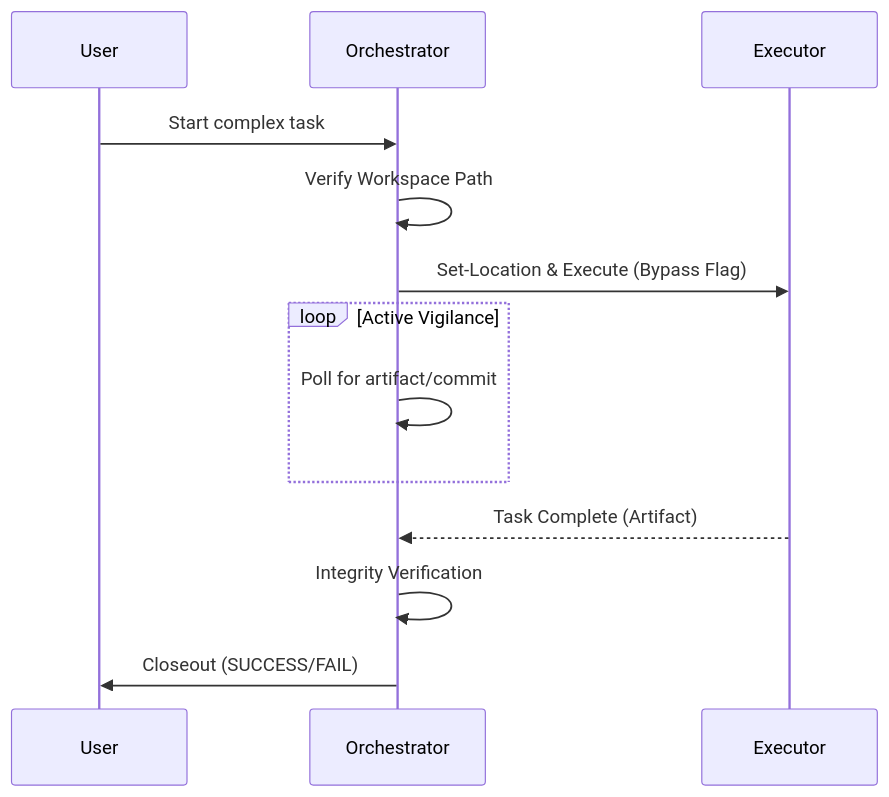
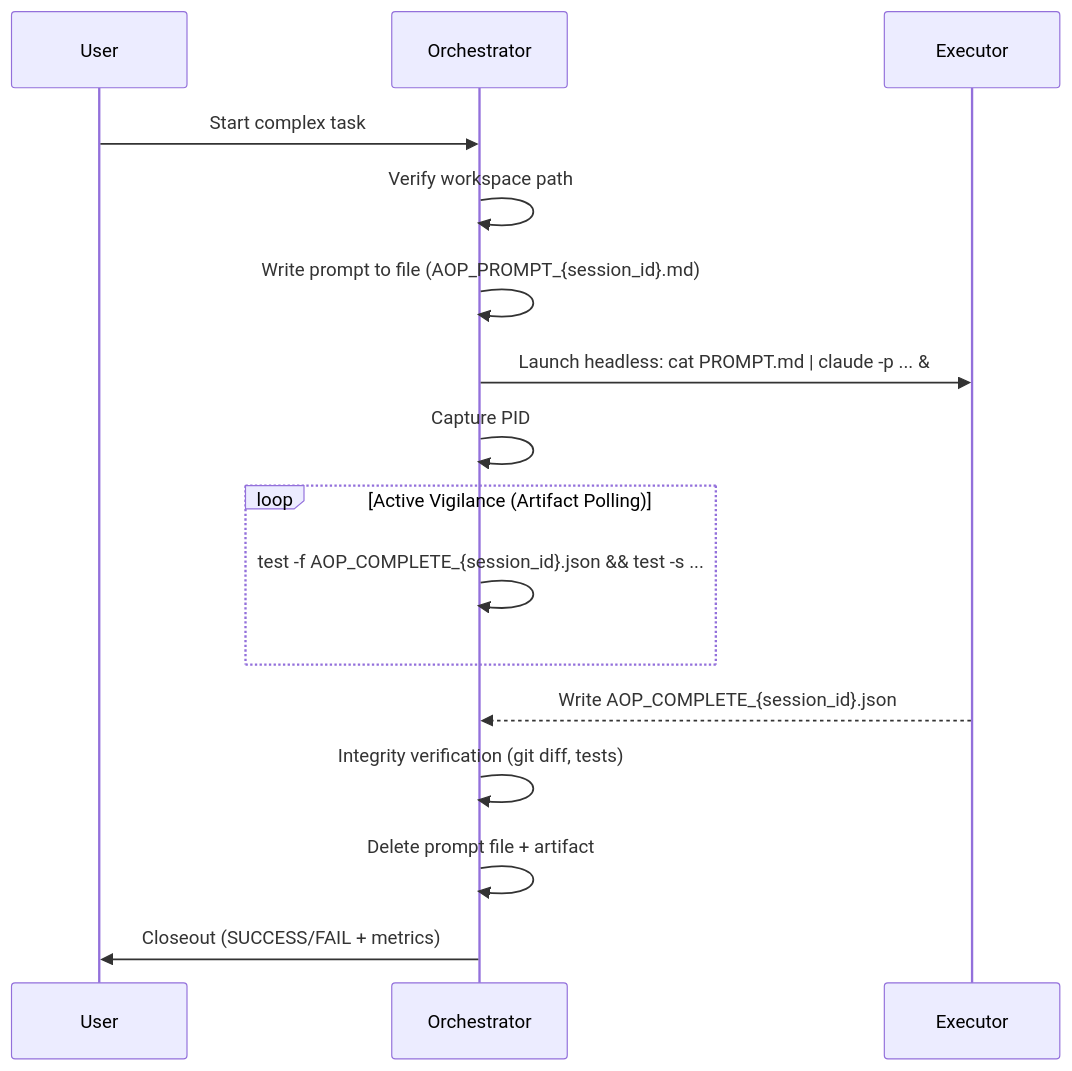
Before and after one commit to mrjimmyny/claude-intelligence-hub: the diagram in agent-orchestration-protocol/SKILL.md, drawn with Mermaid. The commit also changed other lines of this file and 6 other files, not shown here.

````diff
--- a/agent-orchestration-protocol/SKILL.md
+++ b/agent-orchestration-protocol/SKILL.md
@@ -26,15 +38,19 @@
 ```mermaid
 sequenceDiagram
     participant User
-    participant Forge as Orchestrator
-    participant Emma as Executor
-    User->>Forge: Start complex task
-    Forge->>Forge: Verify Workspace Path
-    Forge->>Emma: Set-Location & Execute (Bypass Flag)
-    loop Active Vigilance
-        Forge->>Forge: Poll for artifact/commit
+    participant Orchestrator
+    participant Executor
+
+    User->>Orchestrator: Start complex task
+    Orchestrator->>Orchestrator: Verify workspace path
+    Orchestrator->>Orchestrator: Write prompt to file (AOP_PROMPT_{session_id}.md)
+    Orchestrator->>Executor: Launch headless: cat PROMPT.md | claude -p ... &
+    Orchestrator->>Orchestrator: Capture PID
+    loop Active Vigilance (Artifact Polling)
+        Orchestrator->>Orchestrator: test -f AOP_COMPLETE_{session_id}.json && test -s ...
     end
-    Emma-->>Forge: Task Complete (Artifact)
-    Forge->>Forge: Integrity Verification
-    Forge->>User: Closeout (SUCCESS/FAIL)
+    Executor-->>Orchestrator: Write AOP_COMPLETE_{session_id}.json
+    Orchestrator->>Orchestrator: Integrity verification (git diff, tests)
+    Orchestrator->>Orchestrator: Delete prompt file + artifact
+    Orchestrator->>User: Closeout (SUCCESS/FAIL + metrics)
 ```
````
